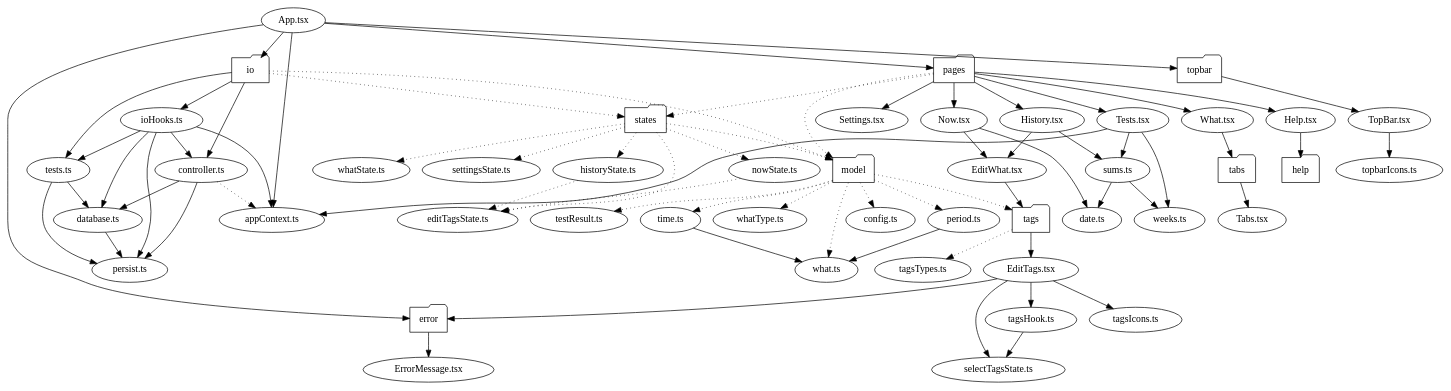
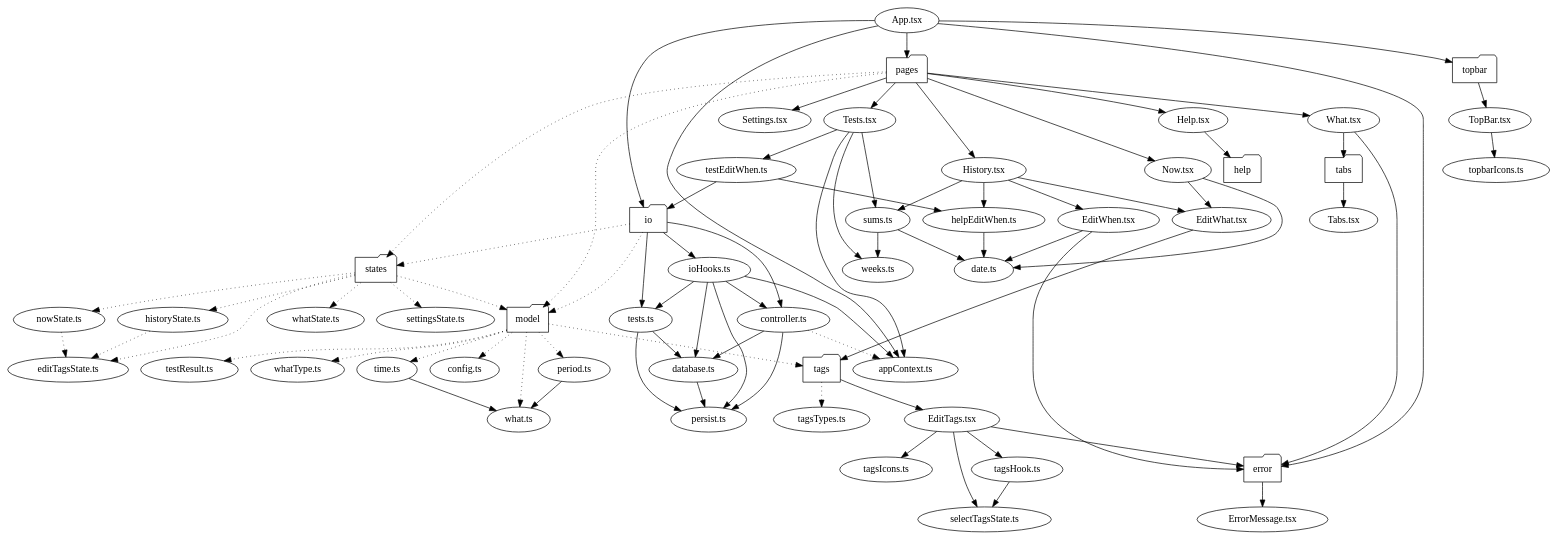
One commit to cwellsx/time changed the diagram in dependencies/dependencies.dot. Above: the diagram before and after it, drawn with Graphviz. The commit also changed 16 other files, not shown here.

Commit message:
Edit times in History

```diff
--- a/dependencies/dependencies.dot
+++ b/dependencies/dependencies.dot
@@ -1,67 +1,70 @@
 digraph SRC {
   "App.tsx" -> {"error" "io" "pages" "topbar" "appContext.ts"};
   "appContext.ts" -> {};
 
   "error" [shape=folder];
   "help" [shape=folder];
   "io" [shape=folder];
   "model" [shape=folder];
   "pages" [shape=folder];
   "states" [shape=folder];
   "tabs" [shape=folder];
   "tags" [shape=folder];
   "topbar" [shape=folder];
   
   "error" -> {"ErrorMessage.tsx"};
   "ErrorMessage.tsx" -> {};
 
   "io" -> {"controller.ts" "ioHooks.ts" "tests.ts"};
   "io" -> {"model" "states"} [style=dotted];
   "controller.ts" -> {"persist.ts" "database.ts"};
   "controller.ts" -> {"appContext.ts"} [style=dotted];
   "database.ts" -> {"persist.ts"};
   "ioHooks.ts" -> {"controller.ts" "database.ts" "persist.ts" "tests.ts" "appContext.ts"};
   "tests.ts" -> {"database.ts" "persist.ts"};
   "persist.ts" -> {}
 
   "model" -> {"config.ts" "period.ts" "testResult.ts" "time.ts" "tags" "whatType.ts" "what.ts"} [style=dotted];
   "config.ts" -> {};
   "period.ts" -> {"what.ts"};
   "testResult.ts" -> {};
   "time.ts" -> {"what.ts"};
   "what.ts" -> {};
   "whatType.ts" -> {};
 
   "pages" -> {"Now.tsx" "What.tsx" "History.tsx" "Settings.tsx" "Help.tsx" "Tests.tsx"};
   "pages" -> {"model" "states"} [style=dotted];
   "date.ts" -> {};
   "Now.tsx" -> {"date.ts" "EditWhat.tsx"};
-  "What.tsx" -> {"tabs"};
-  "History.tsx" -> {"sums.ts" "EditWhat.tsx"};
+  "What.tsx" -> {"tabs" "error"};
+  "History.tsx" -> {"sums.ts" "EditWhat.tsx" "EditWhen.tsx" "helpEditWhen.ts"};
   "Settings.tsx" -> {};
   "Help.tsx" -> {"help"};
-  "Tests.tsx" -> {"weeks.ts" "sums.ts" "appContext.ts"};
+  "Tests.tsx" -> {"weeks.ts" "sums.ts" "appContext.ts" "testEditWhen.ts"};
   "sums.ts" -> {"weeks.ts" "date.ts"};
+  "testEditWhen.ts" -> {"helpEditWhen.ts" "io"};
+  "helpEditWhen.ts" -> {"date.ts"};
   "EditWhat.tsx" -> {"tags"};
+  "EditWhen.tsx" -> {"date.ts" "error"}
 
   "states" -> {"nowState.ts" "whatState.ts" "historyState.ts" "settingsState.ts" "editTagsState.ts" "model"} [style=dotted];
   "nowState.ts" -> {"editTagsState.ts"} [style=dotted];
   "whatState.ts" -> {};
   "historyState.ts" -> {"editTagsState.ts"} [style=dotted];
   "settingsState.ts" -> {};
   "editTagsState.ts" -> {};
 
   "tabs" -> {"Tabs.tsx"};
   "Tabs.tsx" -> {};
 
   "tags" -> {"EditTags.tsx"};
   "tags" -> {"tagsTypes.ts"} [style=dotted];
   "EditTags.tsx" -> {"error" "selectTagsState.ts" "tagsHook.ts" "tagsIcons.ts"};
   "tagsHook.ts" -> {"selectTagsState.ts"};
   "tagsIcons.ts" -> {};
   "tagsTypes.ts" -> {};
 
   "topbar" -> {"TopBar.tsx"};
   "TopBar.tsx" -> {"topbarIcons.ts"};
   "topbarIcons.ts" -> {};
 }
```
